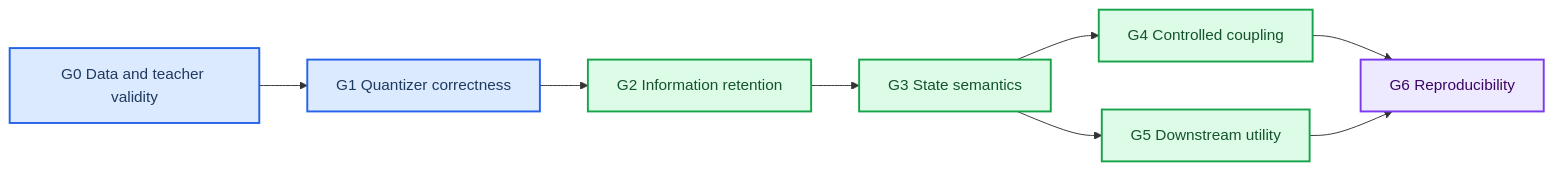
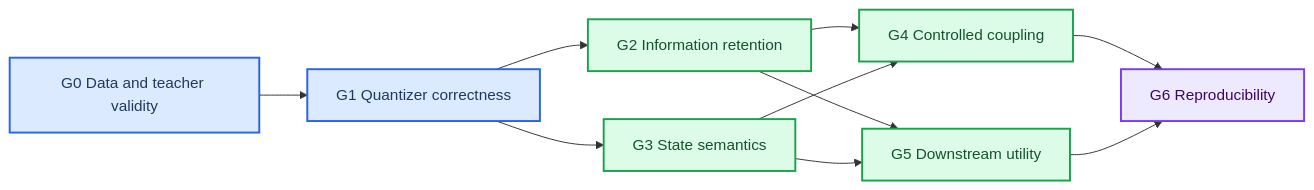
Before and after one commit to Kevin65536/PID-MCM: the diagram in docs/physiology_semantic_tokenizer/05_EXPERIMENT_DESIGN.md, drawn with Mermaid. The commit also changed other lines of this file and 6 other files, not shown here.

````diff
--- a/docs/physiology_semantic_tokenizer/05_EXPERIMENT_DESIGN.md
+++ b/docs/physiology_semantic_tokenizer/05_EXPERIMENT_DESIGN.md
@@ -11,21 +11,23 @@
 ```mermaid
 flowchart LR
     accTitle: Scientific claim gate hierarchy
-    accDescr: Data validity and quantizer correctness precede information retention, token semantics, controlled coupling, downstream utility, and reproducibility claims.
+    accDescr: Data validity and quantizer correctness precede two co-equal tokenizer gates for information retention and state semantics; both are required before controlled coupling or downstream utility is evaluated.
 
     g0["G0 Data and teacher validity"] --> g1["G1 Quantizer correctness"]
     g1 --> g2["G2 Information retention"]
-    g2 --> g3["G3 State semantics"]
+    g1 --> g3["G3 State semantics"]
+    g2 --> g4
     g3 --> g4["G4 Controlled coupling"]
+    g2 --> g5
     g3 --> g5["G5 Downstream utility"]
     g4 --> g6["G6 Reproducibility"]
     g5 --> g6
 
     classDef foundation fill:#dbeafe,stroke:#2563eb,stroke-width:2px,color:#1e3a5f
     classDef evidence fill:#dcfce7,stroke:#16a34a,stroke-width:2px,color:#14532d
     classDef terminal fill:#ede9fe,stroke:#7c3aed,stroke-width:2px,color:#3b0764
 
     class g0,g1 foundation
     class g2,g3,g4,g5 evidence
     class g6 terminal
 ```
````
